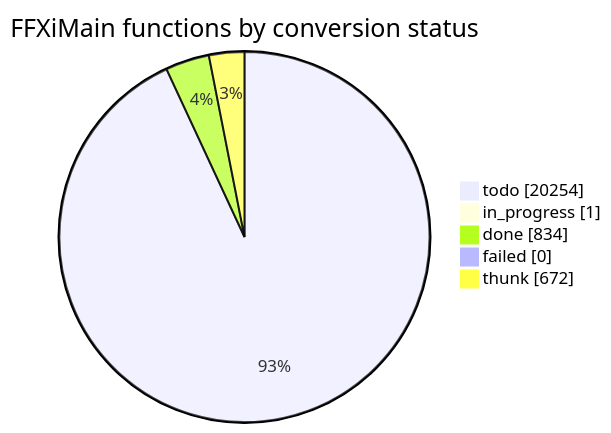
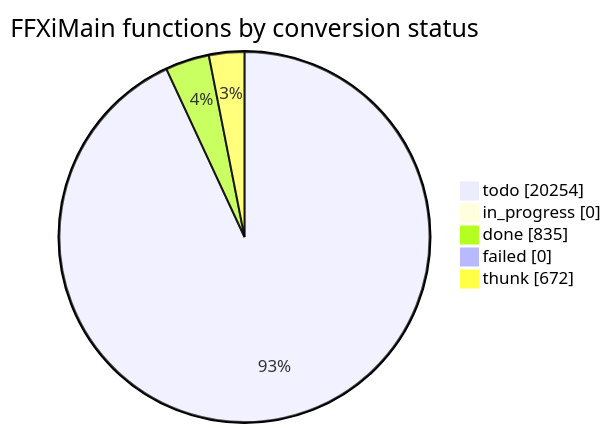
The diagram in docs/cow/STATUS.md (cowrevenge/cow_kuluu_xi_anything), drawn with Mermaid before and after one commit. The commit also changed other lines of this file and 3 other files, not shown here.

````diff
--- a/docs/cow/STATUS.md
+++ b/docs/cow/STATUS.md
@@ -18,9 +18,9 @@
 ```mermaid
 pie showData
     title FFXiMain functions by conversion status
     "todo" : 20254
-    "in_progress" : 1
-    "done" : 834
+    "in_progress" : 0
+    "done" : 835
     "failed" : 0
     "thunk" : 672
 ```
````
